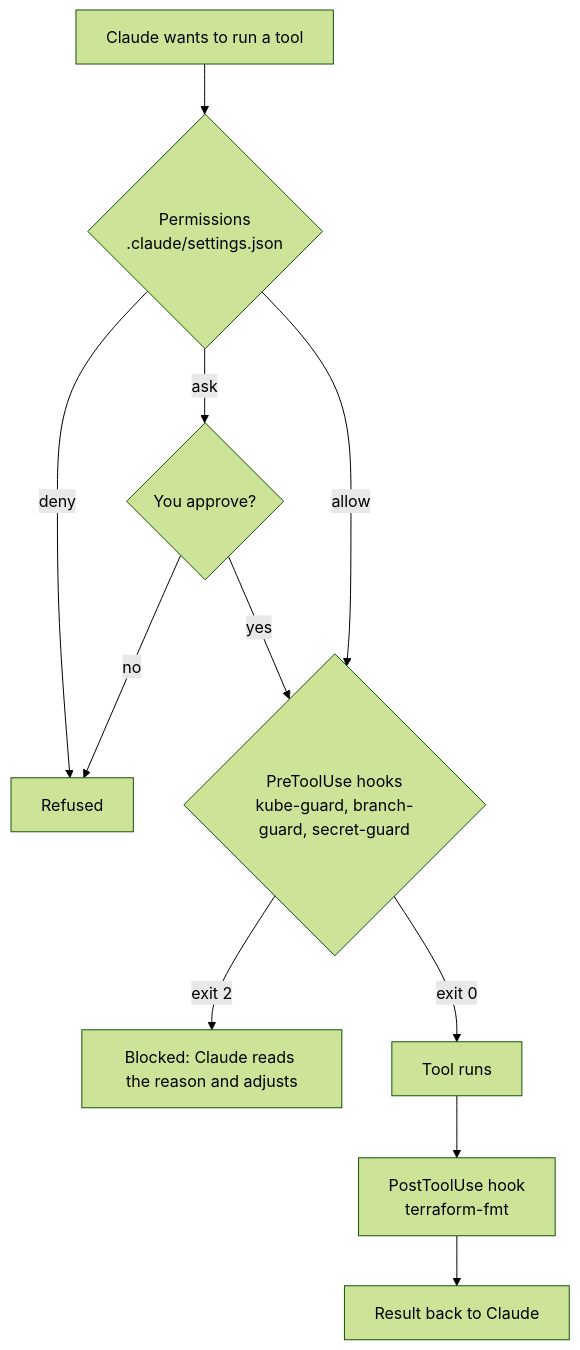
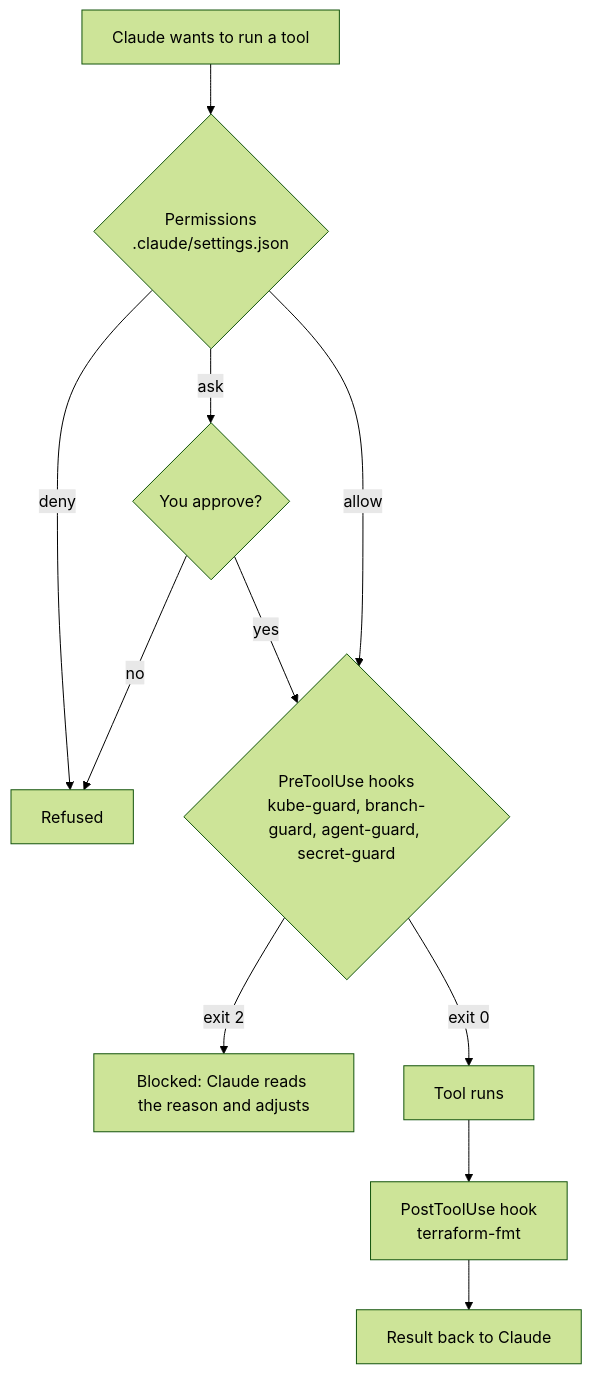
Before and after one commit to barbarosydev/ai-factory-infra: the diagram in docs/harness.md, drawn with Mermaid (forest theme). The commit also changed other lines of this file and 13 other files, not shown here.

````diff
--- a/docs/harness.md
+++ b/docs/harness.md
@@ -18,13 +18,13 @@
 ```mermaid
 flowchart TD
   A[Claude wants to run a tool] --> P{Permissions<br/>.claude/settings.json}
   P -- deny --> X[Refused]
   P -- ask --> U{You approve?}
   U -- no --> X
   U -- yes --> H
-  P -- allow --> H{PreToolUse hooks<br/>kube-guard, branch-guard, secret-guard}
+  P -- allow --> H{PreToolUse hooks<br/>kube-guard, branch-guard, agent-guard, secret-guard}
   H -- exit 2 --> B[Blocked: Claude reads the reason and adjusts]
   H -- exit 0 --> R[Tool runs]
   R --> Q[PostToolUse hook<br/>terraform-fmt]
   Q --> D[Result back to Claude]
 ```
````
